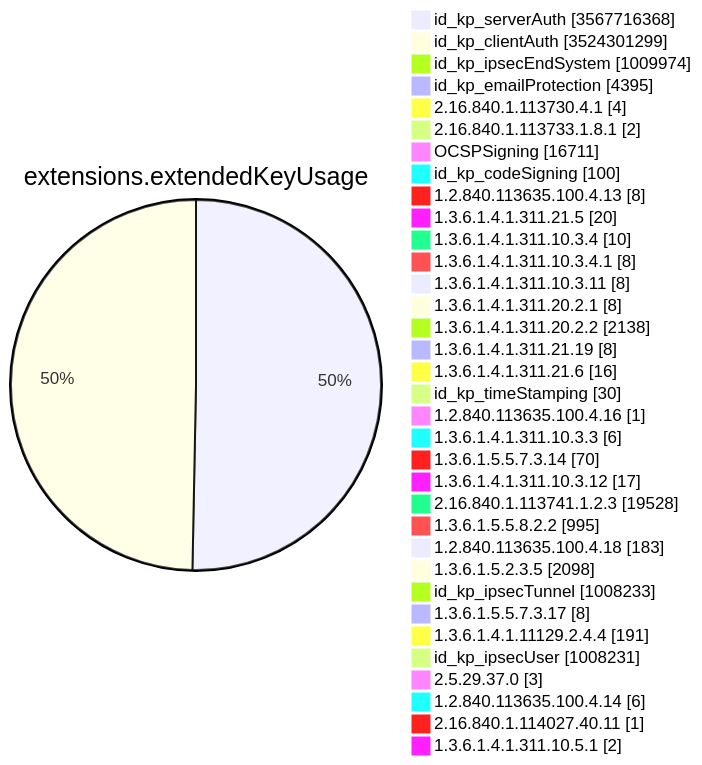
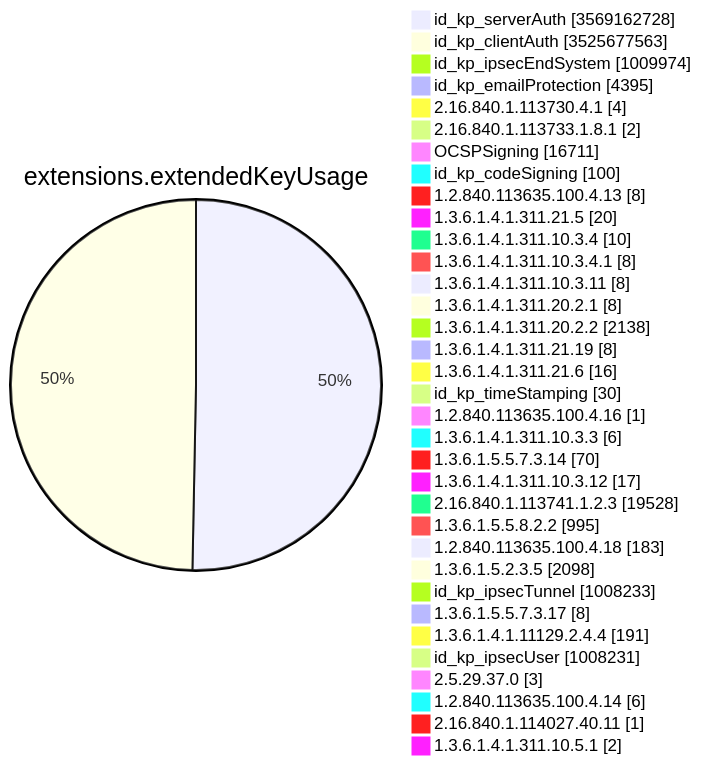
Diagram 11 of 15 in TOTAL/README.md (christiankrug/ctmonitor_visualization), drawn with Mermaid before and after one commit. The commit also changed other lines of this file, not shown here.

````diff
--- a/TOTAL/README.md
+++ b/TOTAL/README.md
@@ -4128,38 +4128,38 @@
 ```mermaid
 pie showData
 title extensions.extendedKeyUsage
-"id_kp_serverAuth" :3567716368
-"id_kp_clientAuth" :3524301299
+"id_kp_serverAuth" :3569162728
+"id_kp_clientAuth" :3525677563
 "id_kp_ipsecEndSystem" :1009974
 "id_kp_emailProtection" :4395
 "2.16.840.1.113730.4.1" :4
 "2.16.840.1.113733.1.8.1" :2
 "OCSPSigning" :16711
 "id_kp_codeSigning" :100
 "1.2.840.113635.100.4.13" :8
 "1.3.6.1.4.1.311.21.5" :20
 "1.3.6.1.4.1.311.10.3.4" :10
 "1.3.6.1.4.1.311.10.3.4.1" :8
 "1.3.6.1.4.1.311.10.3.11" :8
 "1.3.6.1.4.1.311.20.2.1" :8
 "1.3.6.1.4.1.311.20.2.2" :2138
 "1.3.6.1.4.1.311.21.19" :8
 "1.3.6.1.4.1.311.21.6" :16
 "id_kp_timeStamping" :30
 "1.2.840.113635.100.4.16" :1
 "1.3.6.1.4.1.311.10.3.3" :6
 "1.3.6.1.5.5.7.3.14" :70
 "1.3.6.1.4.1.311.10.3.12" :17
 "2.16.840.1.113741.1.2.3" :19528
 "1.3.6.1.5.5.8.2.2" :995
 "1.2.840.113635.100.4.18" :183
 "1.3.6.1.5.2.3.5" :2098
 "id_kp_ipsecTunnel" :1008233
 "1.3.6.1.5.5.7.3.17" :8
 "1.3.6.1.4.1.11129.2.4.4" :191
 "id_kp_ipsecUser" :1008231
 "2.5.29.37.0" :3
 "1.2.840.113635.100.4.14" :6
 "2.16.840.1.114027.40.11" :1
 "1.3.6.1.4.1.311.10.5.1" :2
 ```
````
